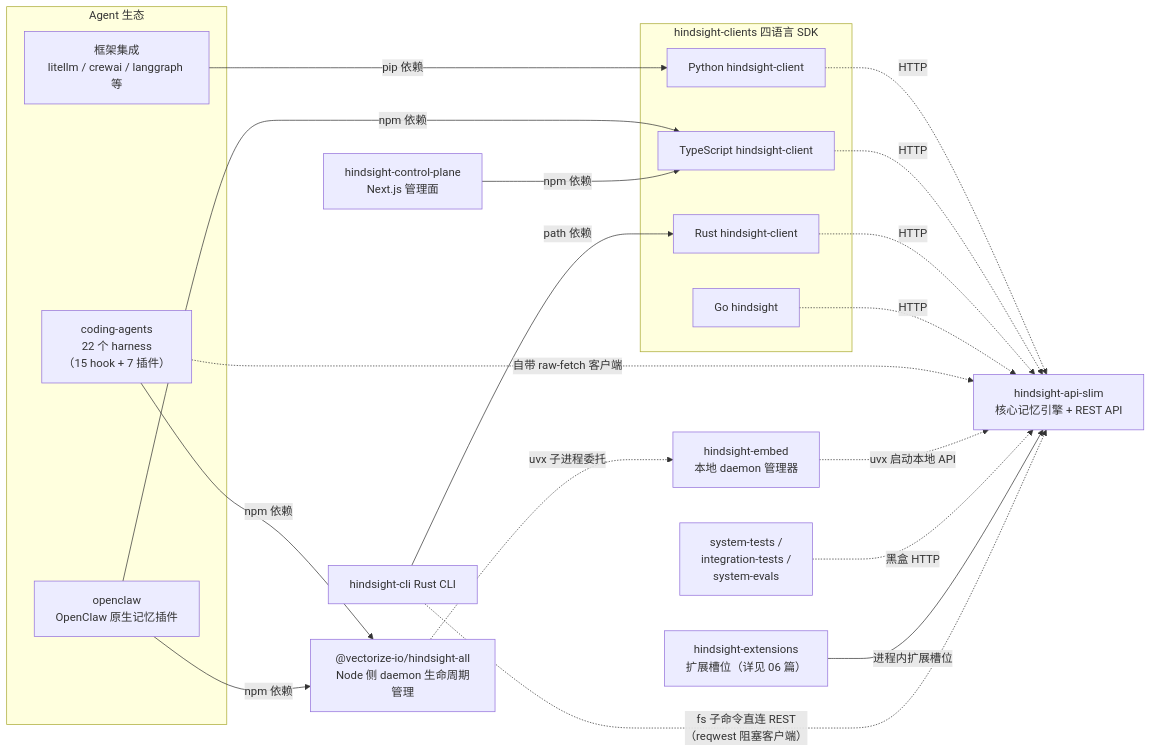
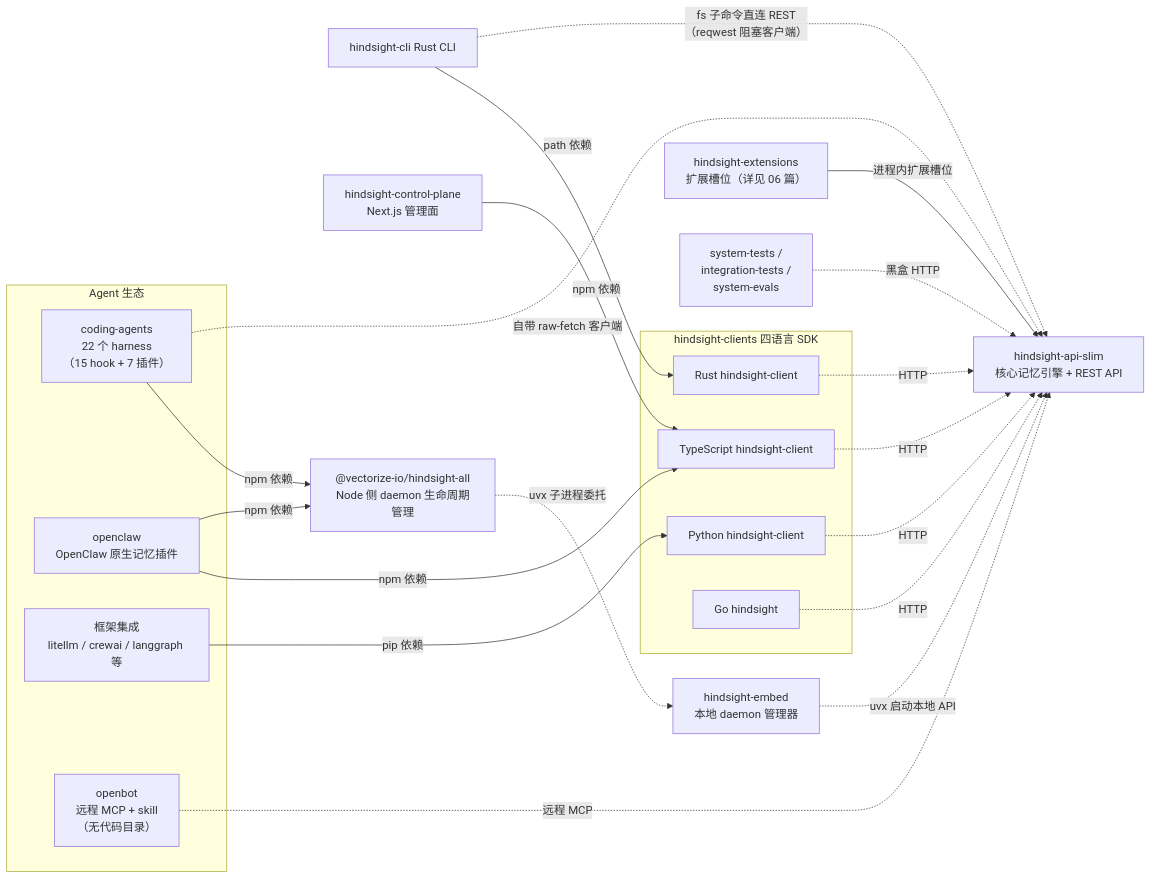
One commit to stefanv5/memory-platform-architecture changed the first of 4 diagrams in docs/hindsight/source-study/07-外围生态.md. Above: the diagram before and after it, drawn with Mermaid. The commit also changed other lines of this file and 10 other files, not shown here.

````diff
--- a/docs/hindsight/source-study/07-外围生态.md
+++ b/docs/hindsight/source-study/07-外围生态.md
@@ -15,41 +15,43 @@
 ```mermaid
 flowchart LR
     CORE["hindsight-api-slim<br/>核心记忆引擎 + REST API"]
 
     subgraph CLIENTS["hindsight-clients 四语言 SDK"]
         SDKPY["Python hindsight-client"]
         SDKTS["TypeScript hindsight-client"]
         SDKRS["Rust hindsight-client"]
         SDKGO["Go hindsight"]
     end
 
     subgraph AGENTS["Agent 生态"]
         CODING["coding-agents<br/>22 个 harness<br/>（15 hook + 7 插件）"]
         OPENCLAW["openclaw<br/>OpenClaw 原生记忆插件"]
         FRAMEWORKS["框架集成<br/>litellm / crewai / langgraph 等"]
+        OPENBOT["openbot<br/>远程 MCP + skill<br/>（无代码目录）"]
     end
 
     CLI["hindsight-cli Rust CLI"]
     CP["hindsight-control-plane<br/>Next.js 管理面"]
     EMBED["hindsight-embed<br/>本地 daemon 管理器"]
     EXT["hindsight-extensions<br/>扩展槽位（详见 06 篇）"]
     TESTS["system-tests /<br/>integration-tests /<br/>system-evals"]
 
     SDKPY -.->|"HTTP"| CORE
     SDKTS -.->|"HTTP"| CORE
     SDKRS -.->|"HTTP"| CORE
     SDKGO -.->|"HTTP"| CORE
     CLI -->|"path 依赖"| SDKRS
     HALL["@vectorize-io/hindsight-all<br/>Node 侧 daemon 生命周期管理"]
     CODING -->|"npm 依赖"| HALL
     HALL -.->|"uvx 子进程委托"| EMBED
     CODING -.->|"自带 raw-fetch 客户端"| CORE
     OPENCLAW -->|"npm 依赖"| SDKTS
     OPENCLAW -->|"npm 依赖"| HALL
+    OPENBOT -.->|"远程 MCP"| CORE
     CP -->|"npm 依赖"| SDKTS
     FRAMEWORKS -->|"pip 依赖"| SDKPY
     EMBED -.->|"uvx 启动本地 API"| CORE
     TESTS -.->|"黑盒 HTTP"| CORE
     EXT -->|"进程内扩展槽位"| CORE
     CLI -.->|"fs 子命令直连 REST<br/>（reqwest 阻塞客户端）"| CORE
 ```
````
